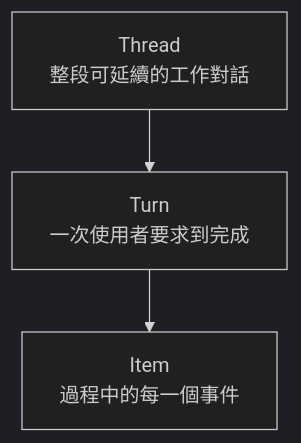
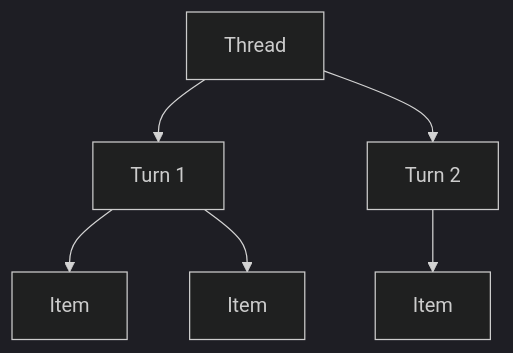
The first of 5 diagrams in docs/foundations/thread-turn-item.md (indigofeather/harness-book), drawn with Mermaid (dark theme) before and after one commit. The commit also changed other lines of this file and 48 other files, not shown here.

````diff
--- a/docs/foundations/thread-turn-item.md
+++ b/docs/foundations/thread-turn-item.md
@@ -13,7 +27,8 @@
 ```mermaid
 flowchart TB
-  T[Thread\n整段可延續的工作對話]
-  U[Turn\n一次使用者要求到完成]
-  I[Item\n過程中的每一個事件]
-  T --> U --> I
+  T[Thread] --> U1[Turn 1]
+  T --> U2[Turn 2]
+  U1 --> I1[Item]
+  U1 --> I2[Item]
+  U2 --> I3[Item]
 ```
````
